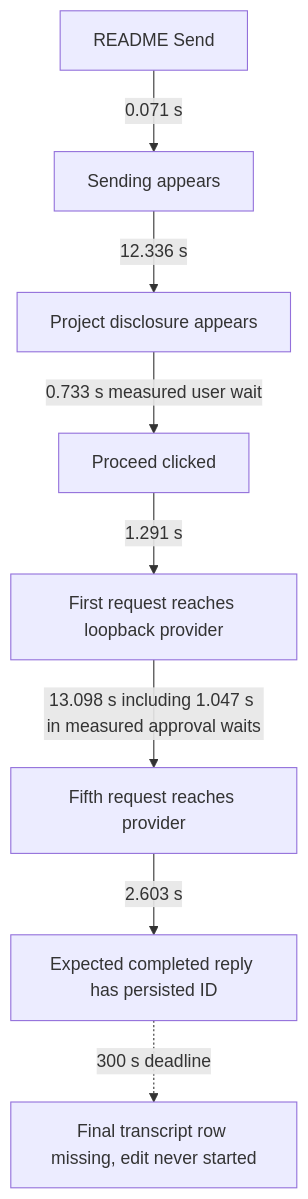
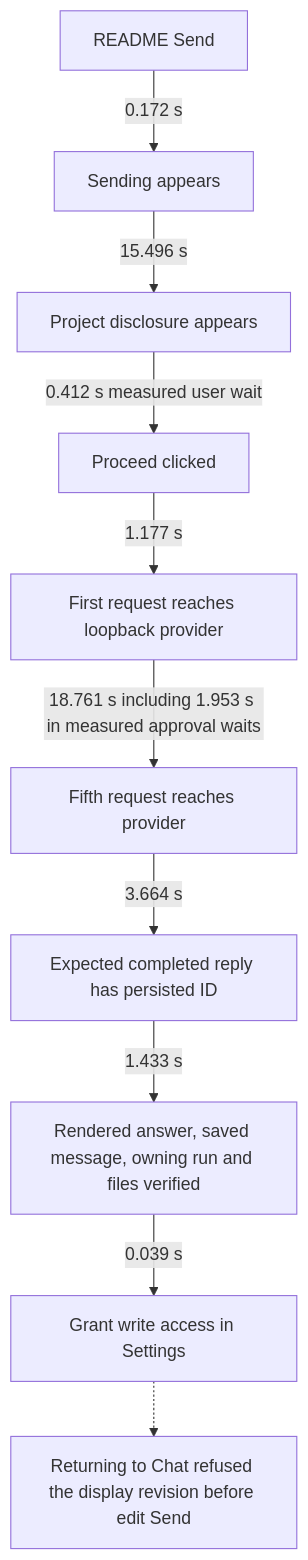
Before and after one commit to rmusser01/tldw_chatbook: the first of 7 diagrams in Docs/Development/task-40608-recovery/windows-journey-timings.md, drawn with Mermaid. The commit also changed other lines of this file, not shown here.

Commit message:
Trace the fully verified Windows README reply and the following setup refusal

````diff
--- a/Docs/Development/task-40608-recovery/windows-journey-timings.md
+++ b/Docs/Development/task-40608-recovery/windows-journey-timings.md
@@ -9,10 +9,12 @@
 ```mermaid
 flowchart TD
-    S["README Send"] -->|"0.071 s"| F["Sending appears"]
-    F -->|"12.336 s"| D["Project disclosure appears"]
-    D -->|"0.733 s measured user wait"| C["Proceed clicked"]
-    C -->|"1.291 s"| H["First request reaches loopback provider"]
-    H -->|"13.098 s including 1.047 s in measured approval waits"| L["Fifth request reaches provider"]
-    L -->|"2.603 s"| R["Expected completed reply has persisted ID"]
-    R -.->|"300 s deadline"| X["Final transcript row missing, edit never started"]
+    S["README Send"] -->|"0.172 s"| F["Sending appears"]
+    F -->|"15.496 s"| D["Project disclosure appears"]
+    D -->|"0.412 s measured user wait"| C["Proceed clicked"]
+    C -->|"1.177 s"| H["First request reaches loopback provider"]
+    H -->|"18.761 s including 1.953 s in measured approval waits"| L["Fifth request reaches provider"]
+    L -->|"3.664 s"| R["Expected completed reply has persisted ID"]
+    R -->|"1.433 s"| V["Rendered answer, saved message, owning run and files verified"]
+    V -->|"0.039 s"| G["Grant write access in Settings"]
+    G -.-> X["Returning to Chat refused the display revision before edit Send"]
 ```
````
